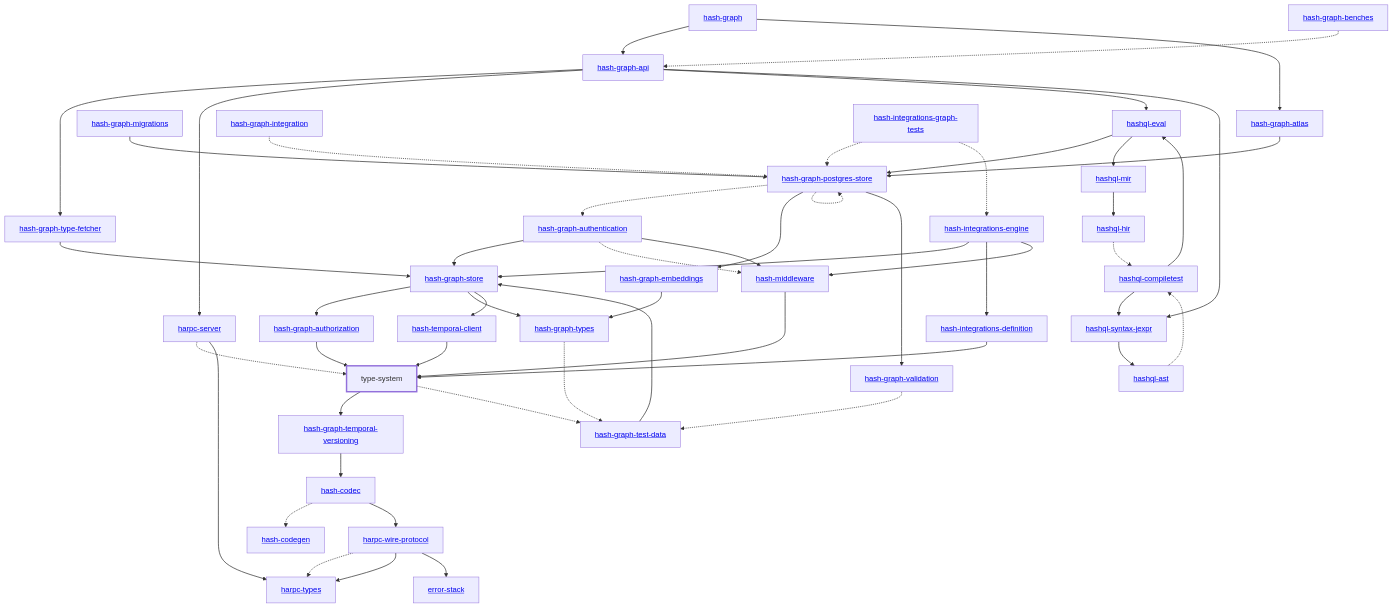
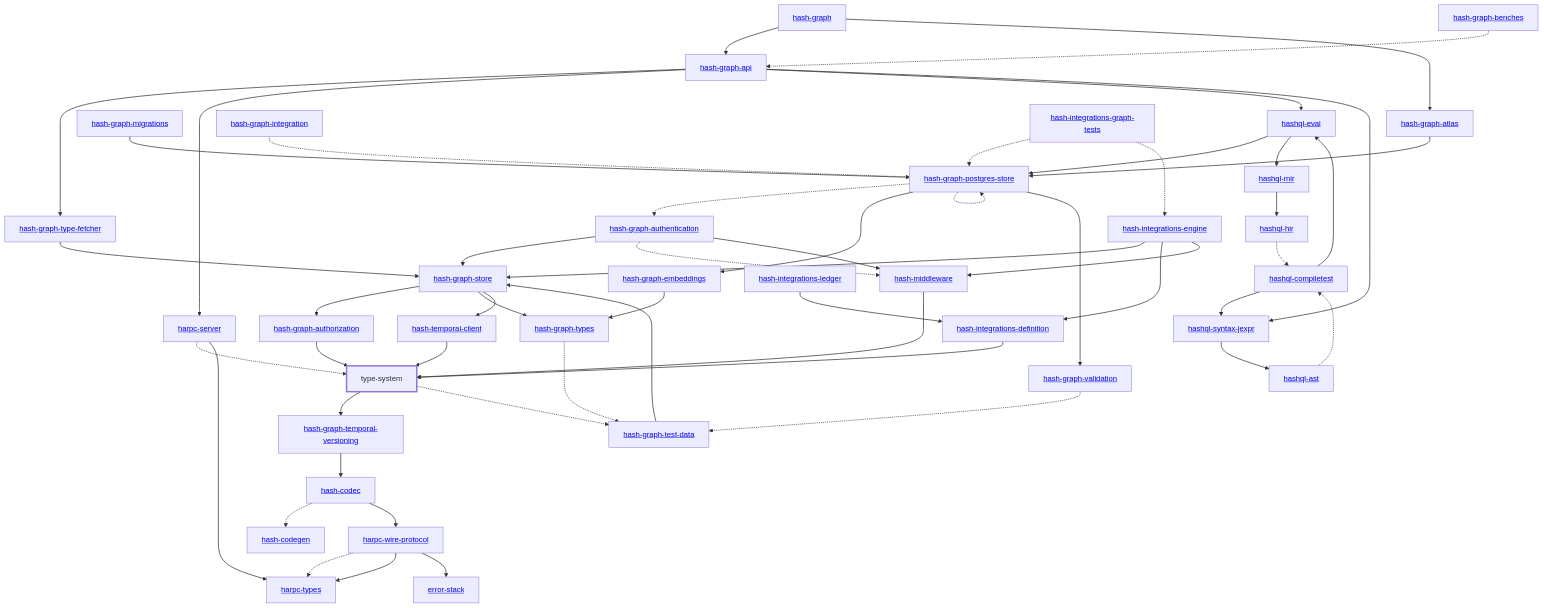
The diagram in libs/@blockprotocol/type-system/rust/docs/dependency-diagram.mmd (hashintel/hash), drawn with Mermaid before and after one commit. The commit also changed 12 other files, not shown here.

Commit message:
Regenerate the dependency diagrams that include the ledger crate

```diff
--- a/libs/@blockprotocol/type-system/rust/docs/dependency-diagram.mmd
+++ b/libs/@blockprotocol/type-system/rust/docs/dependency-diagram.mmd
@@ -1,97 +1,99 @@
 graph TD
     linkStyle default stroke-width:1.5px
     classDef default stroke-width:1px
     classDef root stroke-width:3px
     classDef dev stroke-width:1px
     classDef build stroke-width:1px
     %% Legend
     %% --> : Normal dependency
     %% -.-> : Dev dependency
     %% ---> : Build dependency
     0[<a href="../hash_graph/index.html">hash-graph</a>]
     1[type-system]
     class 1 root
     2[<a href="../hash_codec/index.html">hash-codec</a>]
     3[<a href="../hash_codegen/index.html">hash-codegen</a>]
     4[<a href="../hash_graph_api/index.html">hash-graph-api</a>]
     5[<a href="../hash_graph_atlas/index.html">hash-graph-atlas</a>]
     6[<a href="../hash_graph_authentication/index.html">hash-graph-authentication</a>]
     7[<a href="../hash_graph_authorization/index.html">hash-graph-authorization</a>]
     8[<a href="../hash_graph_embeddings/index.html">hash-graph-embeddings</a>]
     9[<a href="../hash_graph_migrations/index.html">hash-graph-migrations</a>]
     10[<a href="../hash_graph_postgres_store/index.html">hash-graph-postgres-store</a>]
     11[<a href="../hash_graph_store/index.html">hash-graph-store</a>]
     12[<a href="../hash_graph_temporal_versioning/index.html">hash-graph-temporal-versioning</a>]
     13[<a href="../hash_graph_type_fetcher/index.html">hash-graph-type-fetcher</a>]
     14[<a href="../hash_graph_types/index.html">hash-graph-types</a>]
     15[<a href="../hash_graph_validation/index.html">hash-graph-validation</a>]
     16[<a href="../harpc_server/index.html">harpc-server</a>]
     17[<a href="../harpc_types/index.html">harpc-types</a>]
     18[<a href="../harpc_wire_protocol/index.html">harpc-wire-protocol</a>]
     19[<a href="../hashql_ast/index.html">hashql-ast</a>]
     20[<a href="../hashql_compiletest/index.html">hashql-compiletest</a>]
     21[<a href="../hashql_eval/index.html">hashql-eval</a>]
     22[<a href="../hashql_hir/index.html">hashql-hir</a>]
     23[<a href="../hashql_mir/index.html">hashql-mir</a>]
     24[<a href="../hashql_syntax_jexpr/index.html">hashql-syntax-jexpr</a>]
     25[<a href="../hash_integrations_definition/index.html">hash-integrations-definition</a>]
     26[<a href="../hash_integrations_engine/index.html">hash-integrations-engine</a>]
-    27[<a href="../hash_middleware/index.html">hash-middleware</a>]
-    28[<a href="../hash_temporal_client/index.html">hash-temporal-client</a>]
-    29[<a href="../error_stack/index.html">error-stack</a>]
-    30[<a href="../hash_graph_benches/index.html">hash-graph-benches</a>]
-    31[<a href="../hash_graph_integration/index.html">hash-graph-integration</a>]
-    32[<a href="../hash_graph_test_data/index.html">hash-graph-test-data</a>]
-    33[<a href="../hash_integrations_graph_tests/index.html">hash-integrations-graph-tests</a>]
+    27[<a href="../hash_integrations_ledger/index.html">hash-integrations-ledger</a>]
+    28[<a href="../hash_middleware/index.html">hash-middleware</a>]
+    29[<a href="../hash_temporal_client/index.html">hash-temporal-client</a>]
+    30[<a href="../error_stack/index.html">error-stack</a>]
+    31[<a href="../hash_graph_benches/index.html">hash-graph-benches</a>]
+    32[<a href="../hash_graph_integration/index.html">hash-graph-integration</a>]
+    33[<a href="../hash_graph_test_data/index.html">hash-graph-test-data</a>]
+    34[<a href="../hash_integrations_graph_tests/index.html">hash-integrations-graph-tests</a>]
     0 --> 4
     0 --> 5
     1 --> 12
-    1 -.-> 32
+    1 -.-> 33
     2 -.-> 3
     2 --> 18
     4 --> 13
     4 --> 16
     4 --> 21
     4 --> 24
     5 --> 10
     6 --> 11
-    6 -.-> 27
-    6 --> 27
+    6 -.-> 28
+    6 --> 28
     7 --> 1
     8 --> 14
     9 --> 10
     10 -.-> 6
     10 --> 8
     10 -.-> 10
     10 --> 15
     11 --> 7
     11 --> 14
-    11 --> 28
+    11 --> 29
     12 --> 2
     13 --> 11
-    14 -.-> 32
-    15 -.-> 32
+    14 -.-> 33
+    15 -.-> 33
     16 -.-> 1
     16 --> 17
     18 -.-> 17
     18 --> 17
-    18 --> 29
+    18 --> 30
     19 -.-> 20
     20 --> 21
     20 --> 24
     21 --> 10
     21 --> 23
     22 -.-> 20
     23 --> 22
     24 --> 19
     25 --> 1
     26 --> 11
     26 --> 25
-    26 --> 27
-    27 --> 1
+    26 --> 28
+    27 --> 25
     28 --> 1
-    30 -.-> 4
-    31 -.-> 10
-    32 --> 11
-    33 -.-> 10
-    33 -.-> 26
+    29 --> 1
+    31 -.-> 4
+    32 -.-> 10
+    33 --> 11
+    34 -.-> 10
+    34 -.-> 26
```
